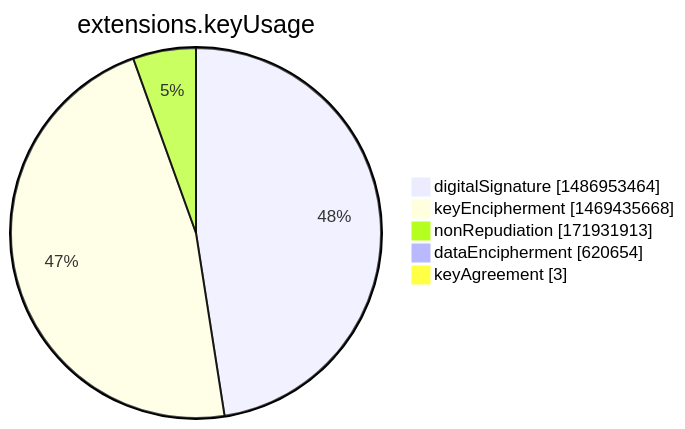
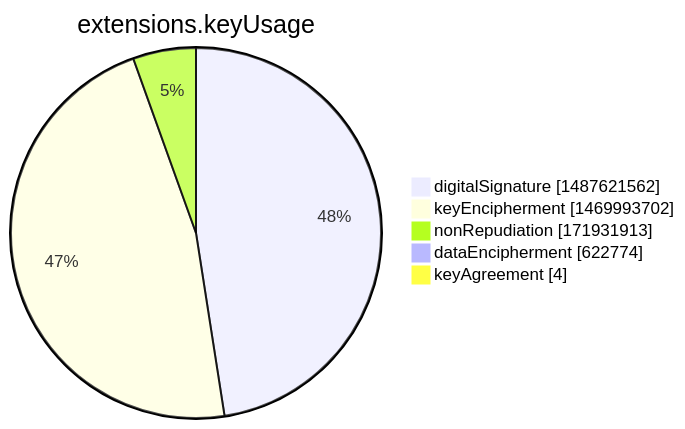
The seventh of 15 diagrams in argon2022/README.md (christiankrug/ctmonitor_visualization), drawn with Mermaid before and after one commit. The commit also changed other lines of this file, not shown here.

````diff
--- a/argon2022/README.md
+++ b/argon2022/README.md
@@ -2751,9 +2751,9 @@
 ```mermaid
 pie showData
 title extensions.keyUsage
-"digitalSignature" :1486953464
-"keyEncipherment" :1469435668
+"digitalSignature" :1487621562
+"keyEncipherment" :1469993702
 "nonRepudiation" :171931913
-"dataEncipherment" :620654
-"keyAgreement" :3
+"dataEncipherment" :622774
+"keyAgreement" :4
 ```
````
